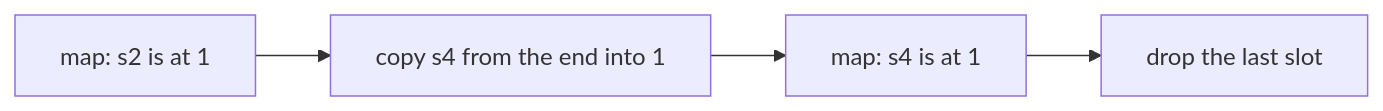
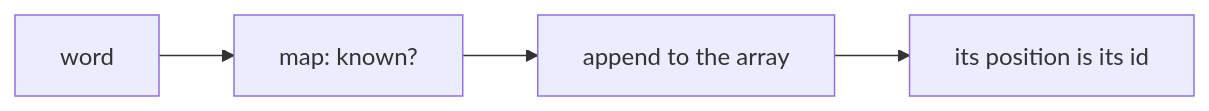
The third of 4 diagrams in guides/designing-with-hash-maps/guide.md (bkuberek/coding-study), drawn with Mermaid before and after one commit. The commit also changed other lines of this file and 12 other files, not shown here.

````diff
--- a/guides/designing-with-hash-maps/guide.md
+++ b/guides/designing-with-hash-maps/guide.md
@@ -140,6 +143,6 @@
 ```mermaid
 flowchart LR
-  accTitle: Removing s2 by moving the last member into its slot
-  accDescr: The array holds s1, s2, s3 and s4. To remove s2 at position 1, the map gives its position, s4 is moved from the last position into position 1, the map records s4 at 1, and the array shrinks by one, leaving s1, s4 and s3.
-  find["map: s2 is at 1"] --> move["copy s4 from the end into 1"] --> fix["map: s4 is at 1"] --> pop["drop the last slot"]
+  accTitle: Interning a word
+  accDescr: A word is looked up in the map. If the map has it, its id is returned. If not, the word is appended to the array, and its position becomes its id in the map.
+  word["word"] --> ask["map: known?"] --> new["append to the array"] --> id["its position is its id"]
 ```
````
